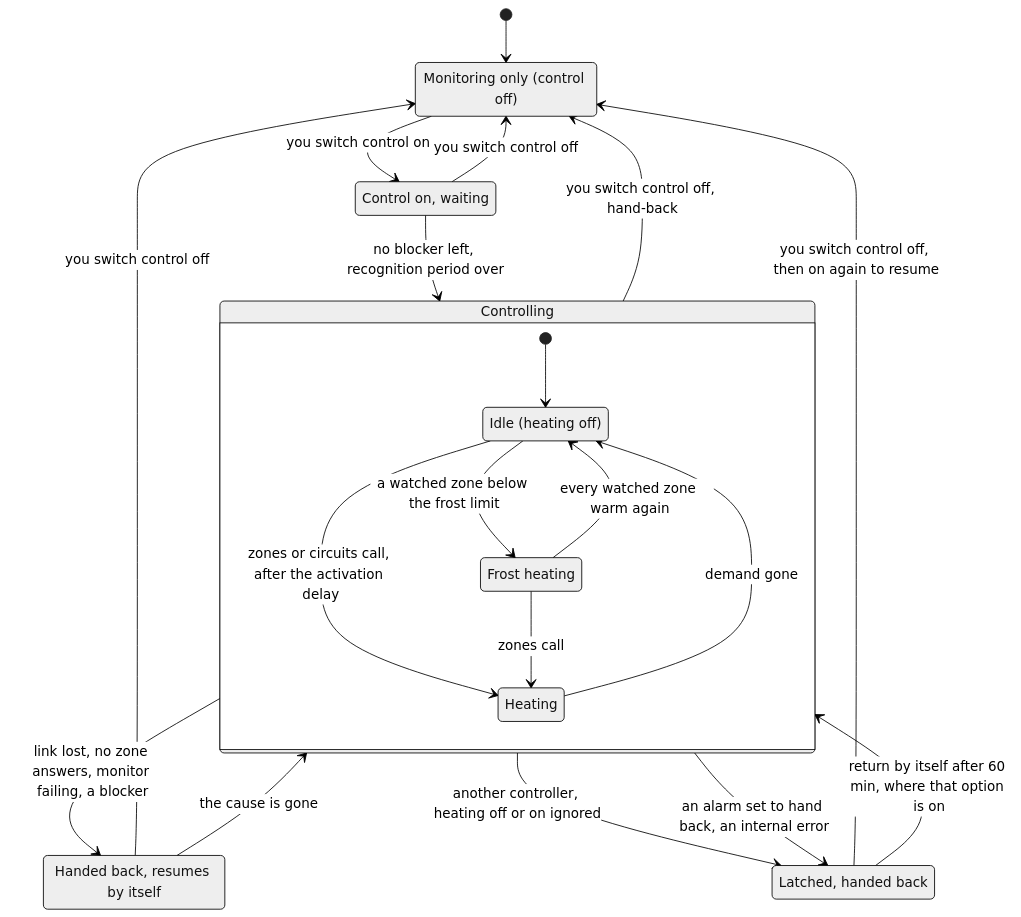
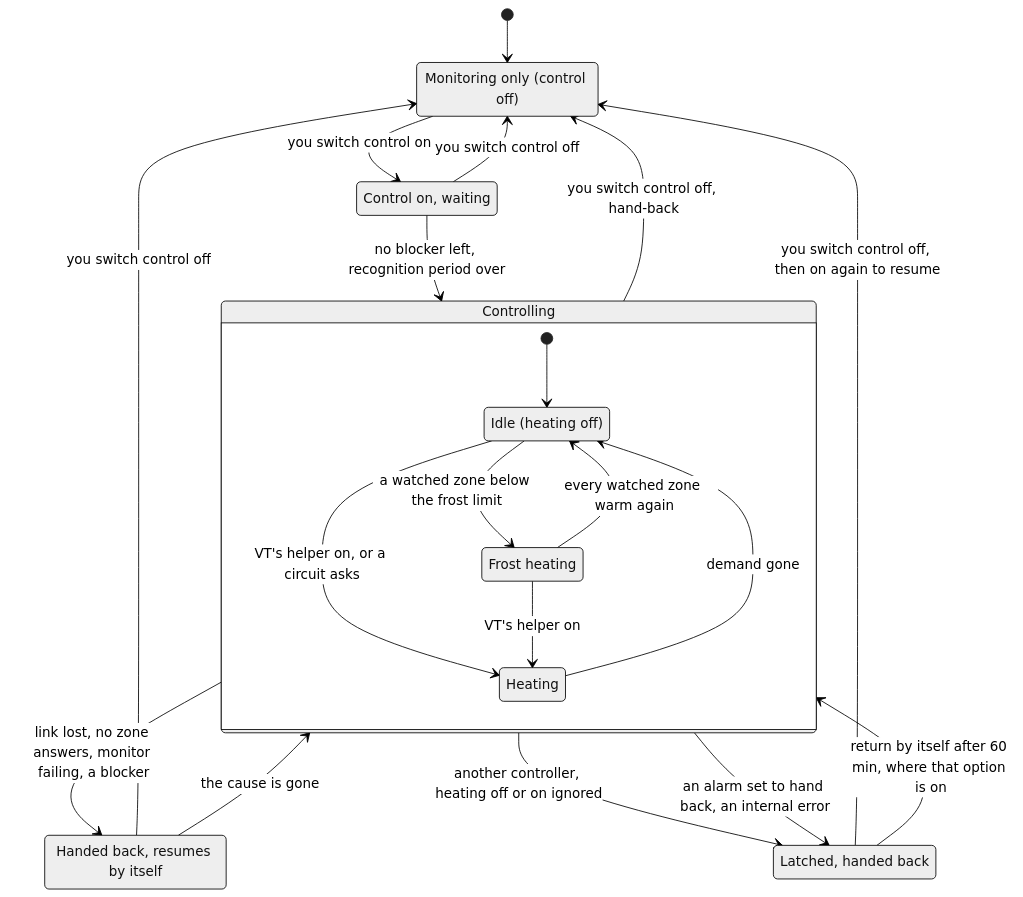
The diagram in docs/en/user-guide/user-guide.md (Shadow-230/vtherm-smart-boiler), drawn with Mermaid (neutral theme) before and after one commit. The commit also changed other lines of this file and 46 other files, not shown here.

````diff
--- a/docs/en/user-guide/user-guide.md
+++ b/docs/en/user-guide/user-guide.md
@@ -1090,33 +1089,33 @@
 ```mermaid
 stateDiagram-v2
     state "Monitoring only (control off)" as Monitoring
     state "Control on, waiting" as Waiting
     state "Handed back, resumes by itself" as HandedBack
     state "Latched, handed back" as Latched
 
     [*] --> Monitoring
     Monitoring --> Waiting: you switch control on
     Waiting --> Controlling: no blocker left, recognition period over
 
     state Controlling {
         state "Idle (heating off)" as Idle
         state "Heating" as Heating
         state "Frost heating" as Frost
         [*] --> Idle
-        Idle --> Heating: zones or circuits call, after the activation delay
+        Idle --> Heating: VT's helper on, or a circuit asks
         Heating --> Idle: demand gone
         Idle --> Frost: a watched zone below the frost limit
         Frost --> Idle: every watched zone warm again
-        Frost --> Heating: zones call
+        Frost --> Heating: VT's helper on
     }
 
     Controlling --> HandedBack: link lost, no zone answers, monitor failing, a blocker
     HandedBack --> Controlling: the cause is gone
     Controlling --> Latched: another controller, heating off or on ignored
     Controlling --> Latched: an alarm set to hand back, an internal error
     Latched --> Controlling: return by itself after 60 min, where that option is on
     Controlling --> Monitoring: you switch control off, hand-back
     HandedBack --> Monitoring: you switch control off
     Latched --> Monitoring: you switch control off, then on again to resume
     Waiting --> Monitoring: you switch control off
 ```
````
